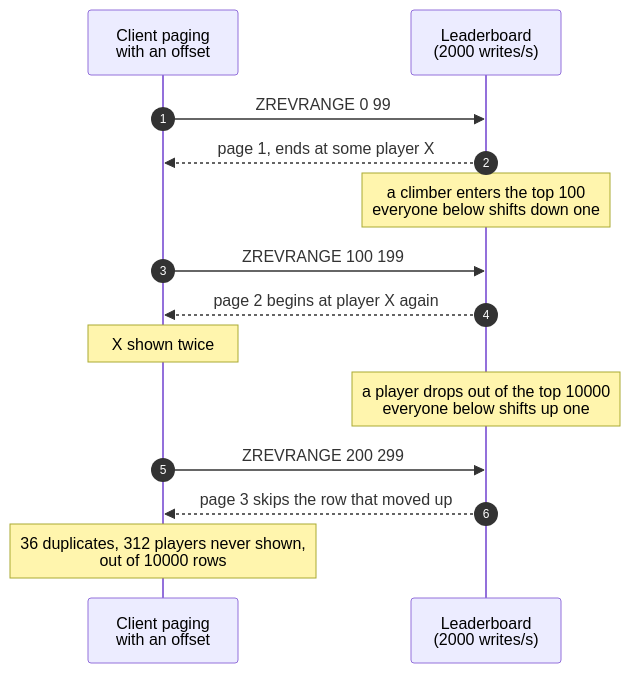
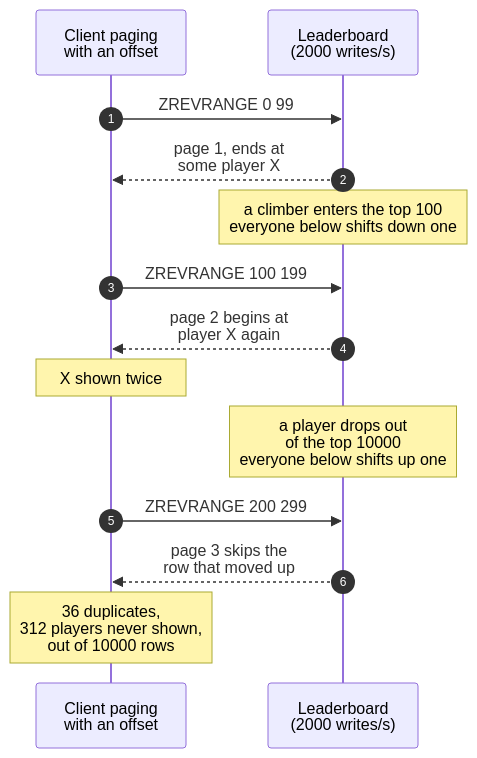
Before and after one commit to haraGADygyl/medium-python-articles: the diagram in markdown/system-design-interview/assets/006/03-drift.mmd, drawn with Mermaid. The commit also changed 69 other files, not shown here.

First line of the commit message:
feat: backfill system-design-interview 000-009 diagrams in the house style

```diff
--- a/markdown/system-design-interview/assets/006/03-drift.mmd
+++ b/markdown/system-design-interview/assets/006/03-drift.mmd
@@ -1,14 +1,14 @@
 sequenceDiagram
     autonumber
     participant C as Client paging<br/>with an offset
     participant L as Leaderboard<br/>(2000 writes/s)
     C->>L: ZREVRANGE 0 99
-    L-->>C: page 1, ends at some player X
+    L-->>C: page 1, ends at<br/>some player X
     Note over L: a climber enters the top 100<br/>everyone below shifts down one
     C->>L: ZREVRANGE 100 199
-    L-->>C: page 2 begins at player X again
+    L-->>C: page 2 begins at<br/>player X again
     Note over C: X shown twice
-    Note over L: a player drops out of the top 10000<br/>everyone below shifts up one
+    Note over L: a player drops out<br/>of the top 10000<br/>everyone below shifts up one
     C->>L: ZREVRANGE 200 299
-    L-->>C: page 3 skips the row that moved up
-    Note over C: 36 duplicates, 312 players never shown,<br/>out of 10000 rows
+    L-->>C: page 3 skips the<br/>row that moved up
+    Note over C: 36 duplicates,<br/>312 players never shown,<br/>out of 10000 rows
```
